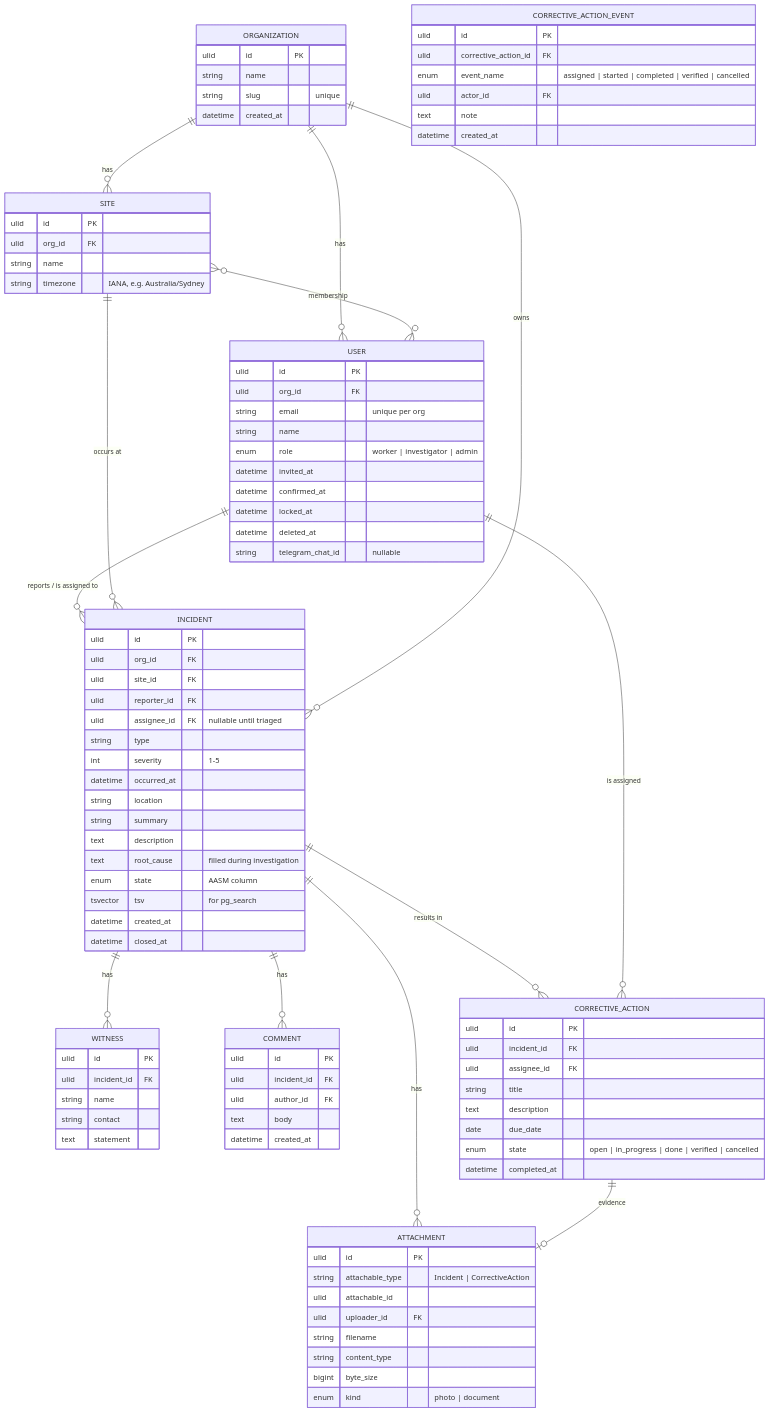
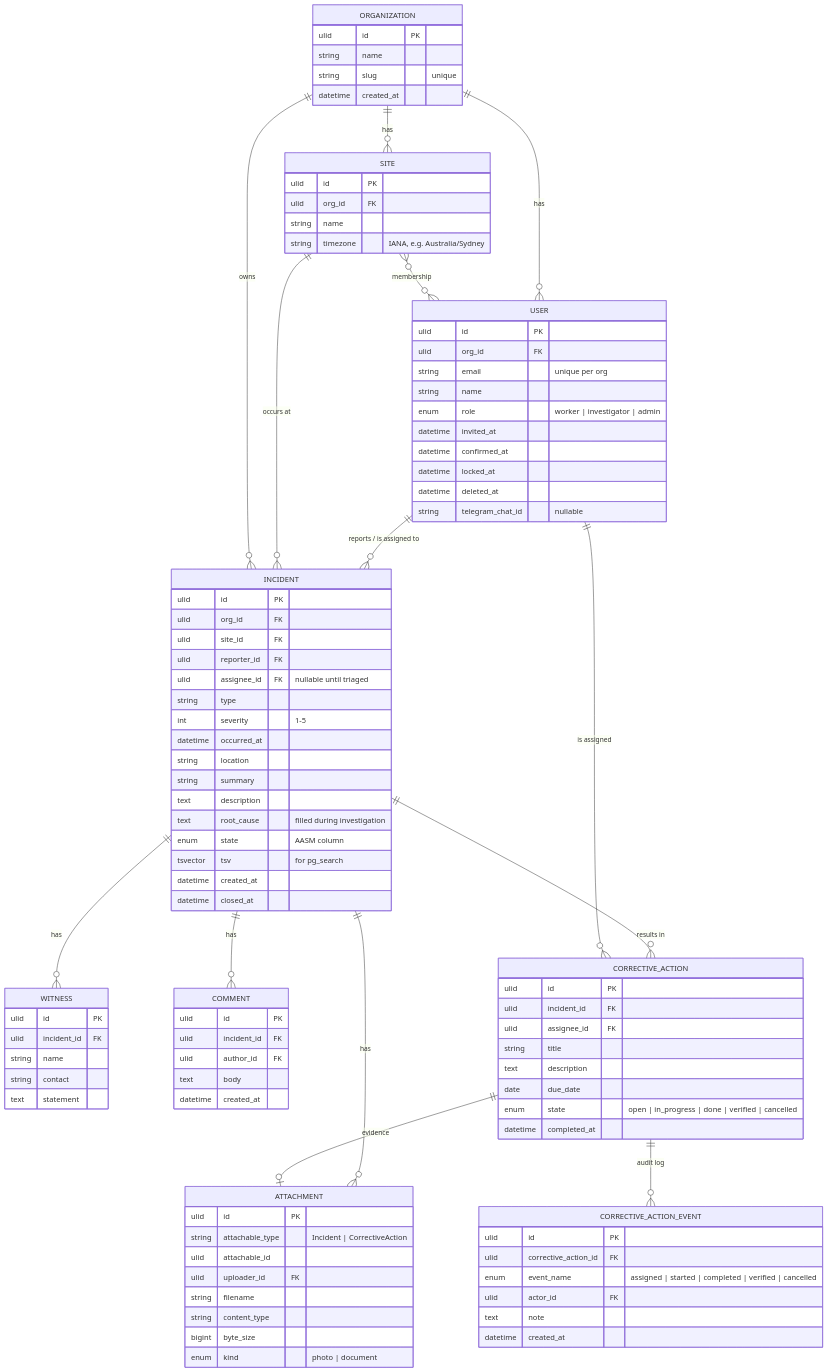
Before and after one commit to ehs-labs/ehs-incident-system: the diagram in docs/design/domain-model.md, drawn with Mermaid. The commit also changed 2 other files, not shown here.

Commit message:
docs(readme): lead with the domain model (#103)
Add a Domain model section to the README: compact ER diagram, the
incident/corrective-action closure rule, and links to the full ER doc,
state machines, and schema.rb. Connect CORRECTIVE_ACTION_EVENT in the
domain-model.md diagram; the entity block existed but had no
relationship line.

```diff
--- a/docs/design/domain-model.md
+++ b/docs/design/domain-model.md
@@ -14,6 +14,7 @@
     INCIDENT     ||--o{ CORRECTIVE_ACTION : "results in"
     USER         ||--o{ CORRECTIVE_ACTION : "is assigned"
     CORRECTIVE_ACTION ||--o| ATTACHMENT : "evidence"
+    CORRECTIVE_ACTION ||--o{ CORRECTIVE_ACTION_EVENT : "audit log"
 
     ORGANIZATION {
         ulid id PK
```
